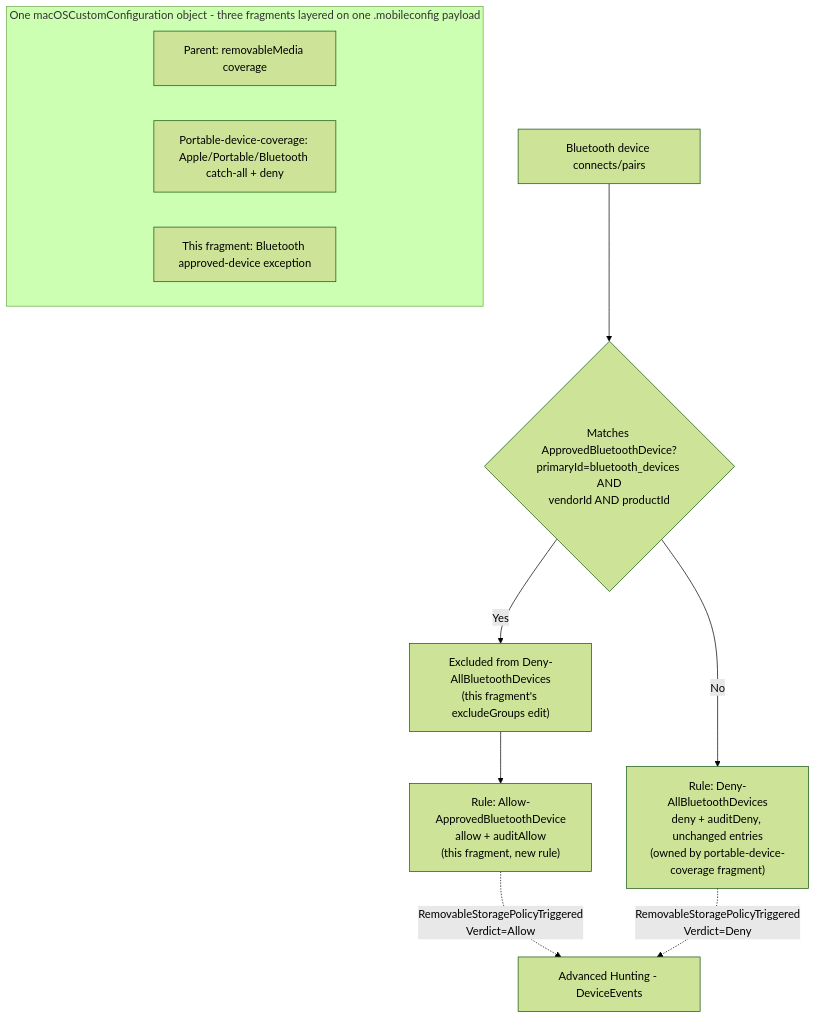
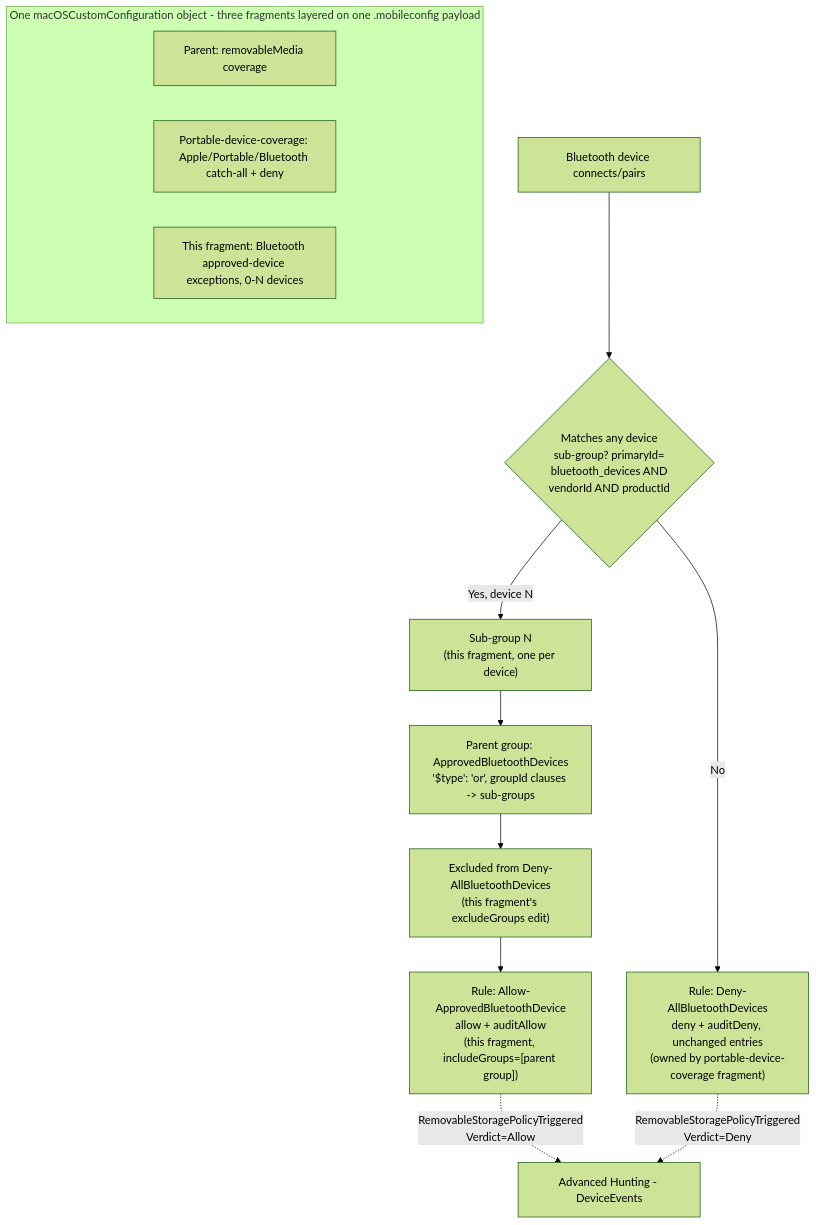
Before and after one commit to kpsec1/kpsec1.github.io: the diagram in src/content/scenarios/dlp/defender-device-control-usb-allowlist-macos-bluetooth-allowlist.md, drawn with Mermaid (forest theme). The commit also changed other lines of this file and 374 other files, not shown here.

````diff
--- a/src/content/scenarios/dlp/defender-device-control-usb-allowlist-macos-bluetooth-allowlist.md
+++ b/src/content/scenarios/dlp/defender-device-control-usb-allowlist-macos-bluetooth-allowlist.md
@@ -62,17 +65,19 @@
 ```mermaid
 flowchart TD
-    A[Bluetooth device connects/pairs] --> B{Matches ApprovedBluetoothDevice?<br/>primaryId=bluetooth_devices AND<br/>vendorId AND productId}
-    B -- Yes --> C["Excluded from Deny-AllBluetoothDevices<br/>(this fragment's excludeGroups edit)"]
-    C --> D["Rule: Allow-ApprovedBluetoothDevice<br/>allow + auditAllow<br/>(this fragment, new rule)"]
+    A[Bluetooth device connects/pairs] --> B{Matches any device<br/>sub-group? primaryId=<br/>bluetooth_devices AND<br/>vendorId AND productId}
+    B -- Yes, device N --> N["Sub-group N<br/>(this fragment, one per device)"]
+    N --> P["Parent group: ApprovedBluetoothDevices<br/>'$type': 'or', groupId clauses -> sub-groups"]
+    P --> C["Excluded from Deny-AllBluetoothDevices<br/>(this fragment's excludeGroups edit)"]
+    C --> D["Rule: Allow-ApprovedBluetoothDevice<br/>allow + auditAllow<br/>(this fragment, includeGroups=[parent group])"]
     B -- No --> E["Rule: Deny-AllBluetoothDevices<br/>deny + auditDeny, unchanged entries<br/>(owned by portable-device-coverage fragment)"]
 
     subgraph Shared["One macOSCustomConfiguration object - three fragments layered on one .mobileconfig payload"]
         direction LR
         F[Parent: removableMedia coverage]
         G[Portable-device-coverage: Apple/Portable/Bluetooth catch-all + deny]
-        H[This fragment: Bluetooth approved-device exception]
+        H[This fragment: Bluetooth approved-device exceptions, 0-N devices]
     end
 
     D -.RemovableStoragePolicyTriggered<br/>Verdict=Allow.-> K[Advanced Hunting - DeviceEvents]
     E -.RemovableStoragePolicyTriggered<br/>Verdict=Deny.-> K
 ```
````
